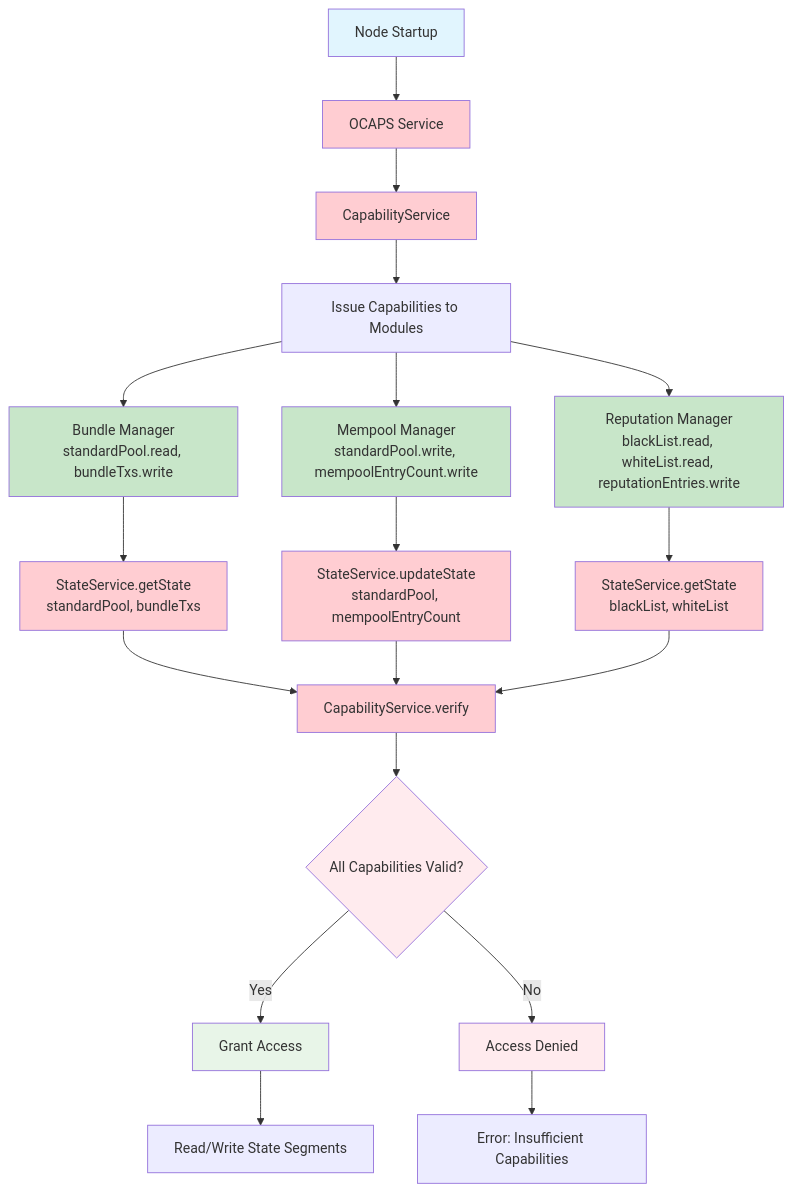
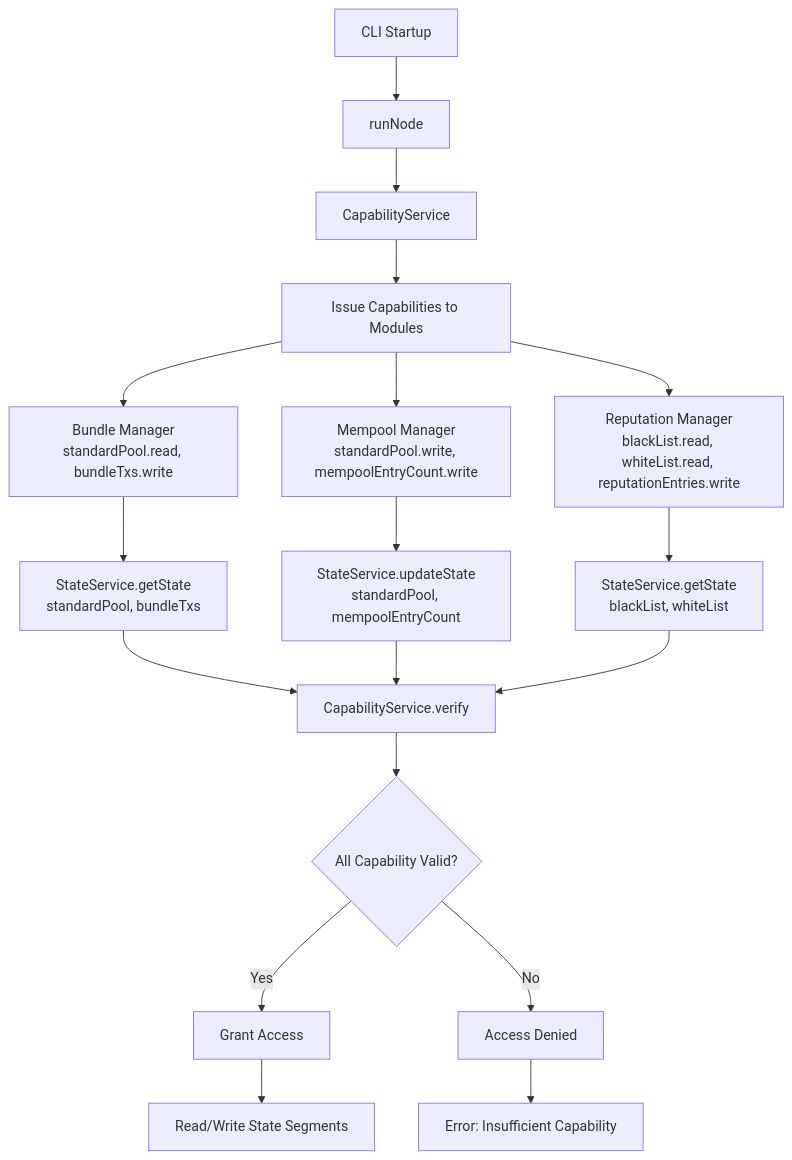
The diagram in docs/security/ocaps.md (transeptorlabs/transeptor-bundler), drawn with Mermaid before and after one commit. The commit also changed 10 other files, not shown here.

````diff
--- a/docs/security/ocaps.md
+++ b/docs/security/ocaps.md
@@ -18,39 +18,25 @@
 ```mermaid
 graph TD
-    A[Node Startup] --> B[OCAPS Service]
+    A[CLI Startup] --> B[runNode]
     B --> C[CapabilityService]
     C --> D[Issue Capabilities to Modules]
     
     D --> E[Bundle Manager<br/>standardPool.read, bundleTxs.write]
     D --> F[Mempool Manager<br/>standardPool.write, mempoolEntryCount.write]
     D --> G[Reputation Manager<br/>blackList.read, whiteList.read, reputationEntries.write]
     
     E --> H[StateService.getState<br/>standardPool, bundleTxs]
     F --> I[StateService.updateState<br/>standardPool, mempoolEntryCount]
     G --> J[StateService.getState<br/>blackList, whiteList]
     
     H --> K[CapabilityService.verify]
     I --> K
     J --> K
     
-    K --> L{All Capabilities Valid?}
+    K --> L{All Capability Valid?}
     L -->|Yes| M[Grant Access]
     L -->|No| N[Access Denied]
     
     M --> O[Read/Write State Segments]
-    N --> P[Error: Insufficient Capabilities]
-    
-    style A fill:#e1f5fe
-    style B fill:#ffcdd2
-    style C fill:#ffcdd2
-    style H fill:#ffcdd2
-    style I fill:#ffcdd2
-    style J fill:#ffcdd2
-    style K fill:#ffcdd2
-    style E fill:#c8e6c9
-    style F fill:#c8e6c9
-    style G fill:#c8e6c9
-    style L fill:#ffebee
-    style M fill:#e8f5e8
-    style N fill:#ffebee
+    N --> P[Error: Insufficient Capability]
 ```
````
